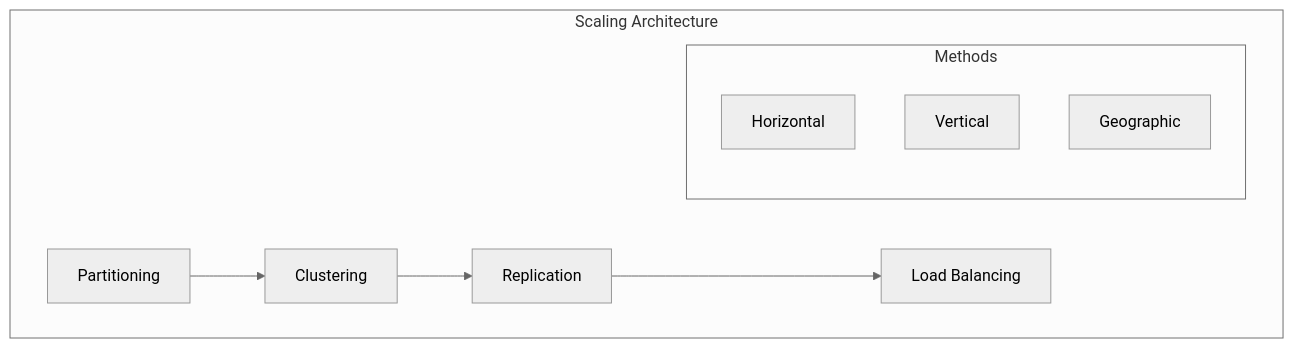
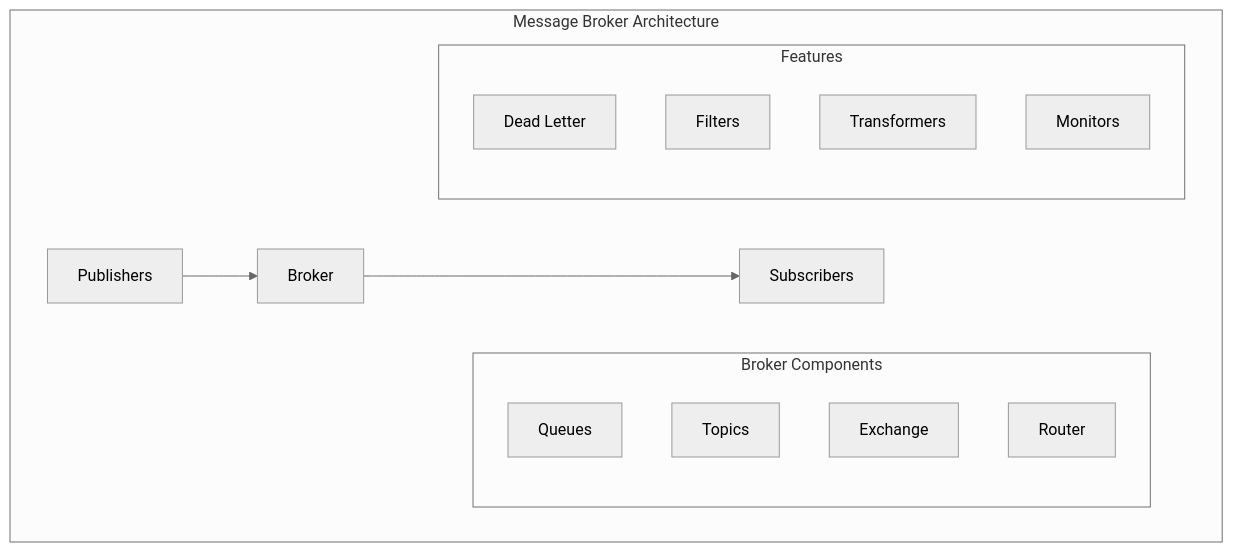
Before and after one commit to saravanakumarrc/Architecture_Journey: the second of 3 diagrams in src/Message_Broker_Architectures.md, drawn with Mermaid (neutral theme). The commit also changed other lines of this file and 6 other files, not shown here.

First line of the commit message:
Refactor observability documentation: streamline sections, enhance clarity, and update diagrams for better understanding of monitoring components and patterns.

````diff
--- a/src/Message_Broker_Architectures.md
+++ b/src/Message_Broker_Architectures.md
@@ -178,14 +30,21 @@
 ```mermaid
 graph TB
-    subgraph "Scaling Architecture"
-        P[Partitioning] --> C[Clustering]
-        C --> R[Replication]
-        R --> L[Load Balancing]
+    subgraph "Message Broker Architecture"
+        P[Publishers] --> B[Broker]
+        B --> S[Subscribers]
         
-        subgraph "Methods"
-            HP[Horizontal]
-            VP[Vertical]
-            GEO[Geographic]
+        subgraph "Broker Components"
+            Q[Queues]
+            T[Topics]
+            E[Exchange]
+            R[Router]
+        end
+        
+        subgraph "Features"
+            D[Dead Letter]
+            F[Filters]
+            TF[Transformers]
+            M[Monitors]
         end
     end
 ```
````
